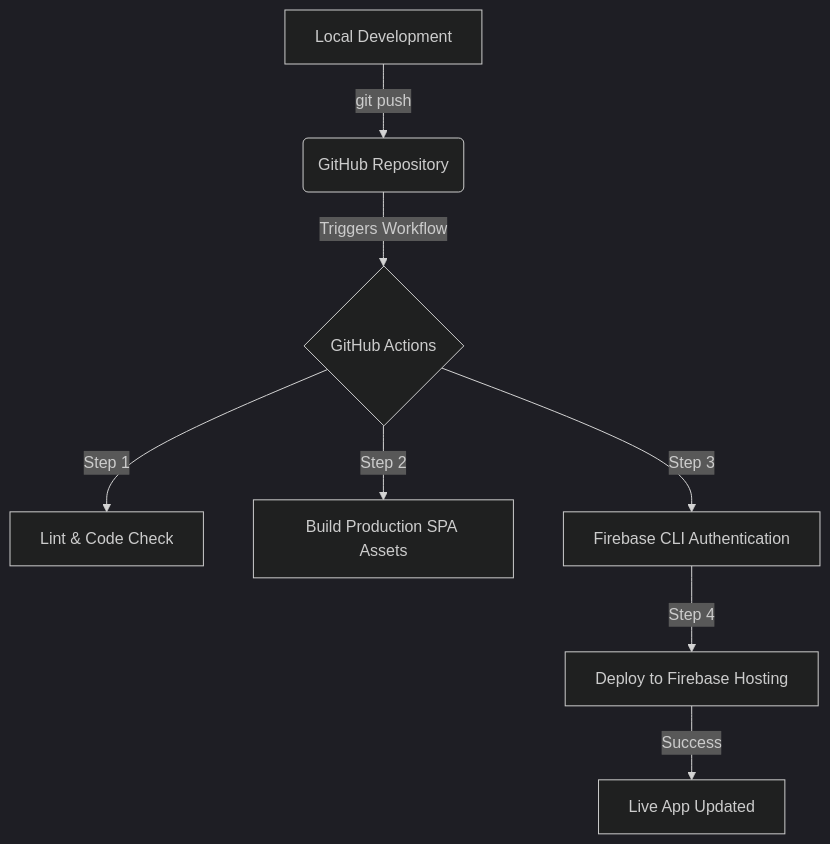
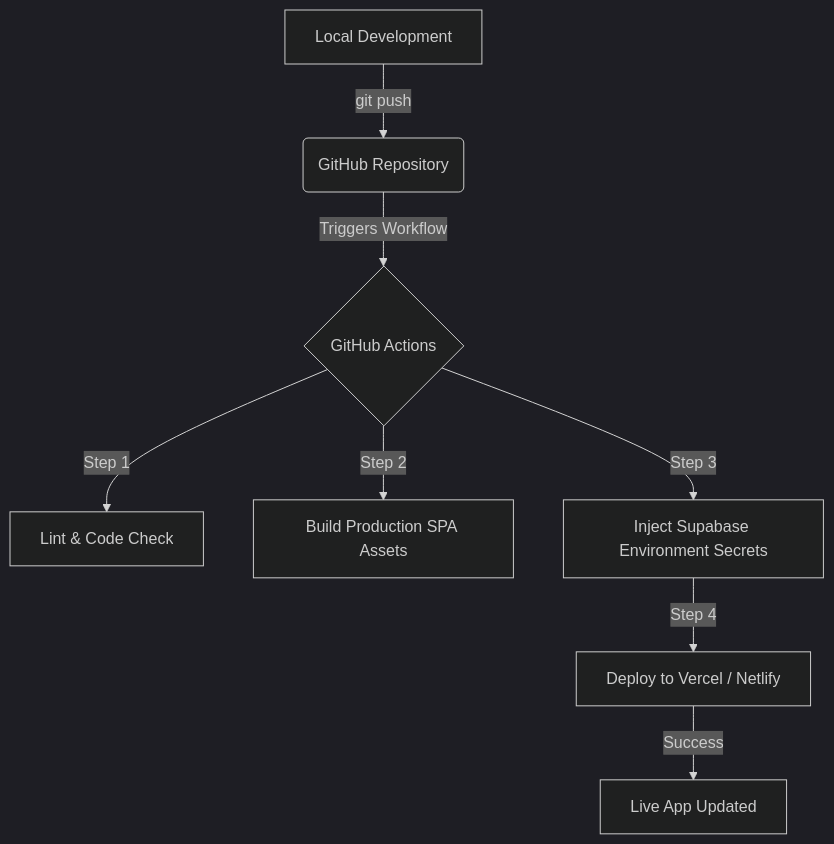
Before and after one commit to AbdoNashaat/TenantTrack: the diagram in TechStack_Deployment.md, drawn with Mermaid (dark theme). The commit also changed other lines of this file and 2 other files, not shown here.

````diff
--- a/TechStack_Deployment.md
+++ b/TechStack_Deployment.md
@@ -24,10 +24,10 @@
 ```mermaid
 graph TD
     A[Local Development] -->|git push| B(GitHub Repository)
     B -->|Triggers Workflow| C{GitHub Actions}
     C -->|Step 1| D[Lint & Code Check]
     C -->|Step 2| E[Build Production SPA Assets]
-    C -->|Step 3| F[Firebase CLI Authentication]
-    F -->|Step 4| G[Deploy to Firebase Hosting]
+    C -->|Step 3| F[Inject Supabase Environment Secrets]
+    F -->|Step 4| G[Deploy to Vercel / Netlify]
     G -->|Success| H[Live App Updated]
 ```
````
